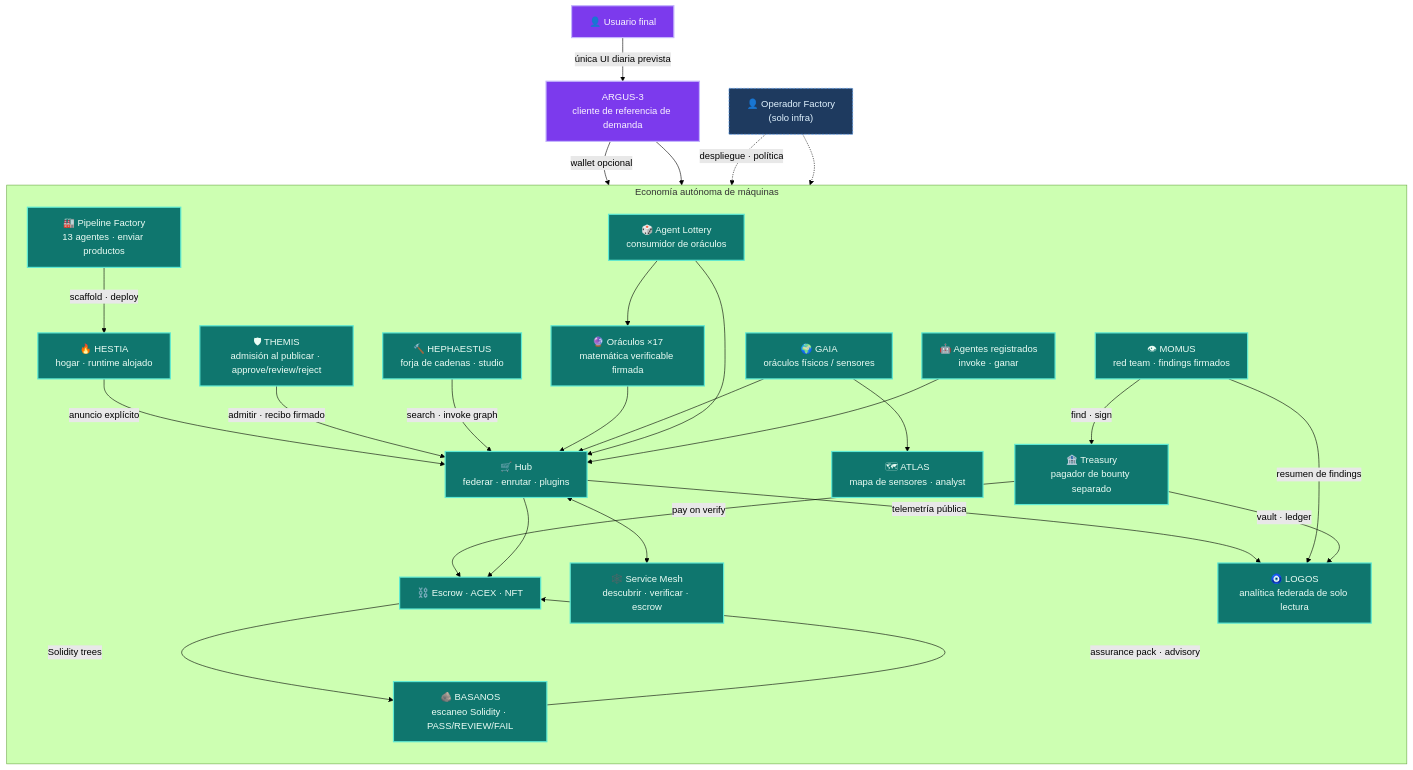
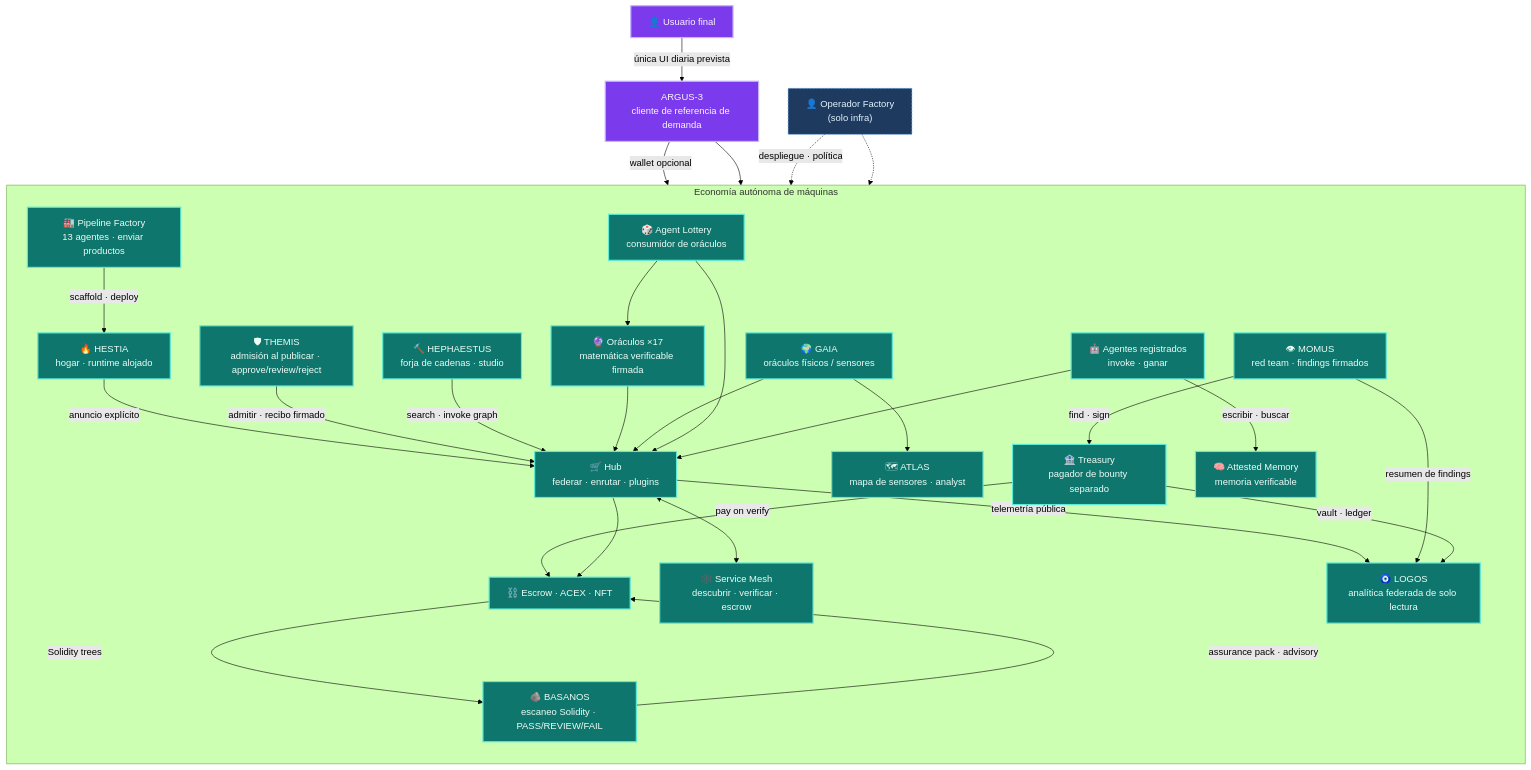
Before and after one commit to alexar76/aicom: the first of 5 diagrams in docs/ecosystem/whitepaper/es.md, drawn with Mermaid (forest theme). The commit also changed other lines of this file and 99 other files, not shown here.

````diff
--- a/docs/ecosystem/whitepaper/es.md
+++ b/docs/ecosystem/whitepaper/es.md
@@ -67,57 +68,59 @@
 ```mermaid
 flowchart TB
   classDef human fill:#7c3aed,stroke:#c4b5fd,color:#faf5ff,stroke-width:2px
   classDef machine fill:#0f766e,stroke:#5eead4,color:#ecfdf5,stroke-width:2px
   classDef optional fill:#1e3a5f,stroke:#60a5fa,color:#e0f2fe,stroke-width:1px,stroke-dasharray:4 2
 
   HUMAN["👤 Usuario final"]:::human
   ARGUS["ARGUS-3<br/>cliente de referencia de demanda"]:::human
   OP["👤 Operador Factory<br/>(solo infra)"]:::optional
 
   subgraph MACHINE["Economía autónoma de máquinas"]
     direction TB
     FACTORY["🏭 Pipeline Factory<br/>13 agentes · enviar productos"]
     HESTIA["🔥 HESTIA<br/>hogar · runtime alojado"]
     HUB["🛒 Hub<br/>federar · enrutar · plugins"]
     MESH["🕸️ Service Mesh<br/>descubrir · verificar · escrow"]
     ORACLES["🔮 Oráculos ×17<br/>matemática verificable firmada"]
     GAIA["🌍 GAIA<br/>oráculos físicos / sensores"]
     ATLAS["🗺 ATLAS<br/>mapa de sensores · analyst"]
+    MEMORY["🧠 Attested Memory<br/>memoria verificable"]
     LOGOS["🧿 LOGOS<br/>analítica federada de solo lectura"]
     MOMUS["👁 MOMUS<br/>red team · findings firmados"]
     THEMIS["🛡 THEMIS<br/>admisión al publicar · approve/review/reject"]
     BASANOS["🪨 BASANOS<br/>escaneo Solidity · PASS/REVIEW/FAIL"]
     HEPHAESTUS["🔨 HEPHAESTUS<br/>forja de cadenas · studio"]
     TREASURY["🏦 Treasury<br/>pagador de bounty separado"]
     LOTTERY["🎲 Agent Lottery<br/>consumidor de oráculos"]
     AGENTS["🤖 Agentes registrados<br/>invoke · ganar"]
     CHAIN["⛓️ Escrow · ACEX · NFT"]
     FACTORY -->|scaffold · deploy| HESTIA
     HESTIA -->|anuncio explícito| HUB
     THEMIS -->|"admitir · recibo firmado"| HUB
     HEPHAESTUS -->|"search · invoke graph"| HUB
     CHAIN -->|"Solidity trees"| BASANOS
     BASANOS -->|"assurance pack · advisory"| CHAIN
     HUB <--> MESH
     ORACLES --> HUB
     GAIA --> HUB
     GAIA --> ATLAS
     HUB -->|"telemetría pública"| LOGOS
     MOMUS -->|"resumen de findings"| LOGOS
     TREASURY -->|"vault · ledger"| LOGOS
     MOMUS -->|"find · sign"| TREASURY
     TREASURY -->|"pay on verify"| CHAIN
     LOTTERY --> ORACLES
     LOTTERY --> HUB
     AGENTS --> HUB
+    AGENTS -->|escribir · buscar| MEMORY
     HUB --> CHAIN
   end
 
   HUMAN -->|"única UI diaria prevista"| ARGUS
   ARGUS -->|"wallet opcional"| HUB
   ARGUS --> MESH
   OP -.->|"despliegue · política"| FACTORY
   OP -.-> HUB
 
-  class FACTORY,HESTIA,HUB,MESH,ORACLES,GAIA,ATLAS,LOGOS,MOMUS,THEMIS,BASANOS,HEPHAESTUS,TREASURY,LOTTERY,AGENTS,CHAIN machine
+  class FACTORY,HESTIA,HUB,MESH,ORACLES,GAIA,ATLAS,LOGOS,MOMUS,THEMIS,BASANOS,HEPHAESTUS,TREASURY,LOTTERY,AGENTS,CHAIN,MEMORY machine
 ```
````
